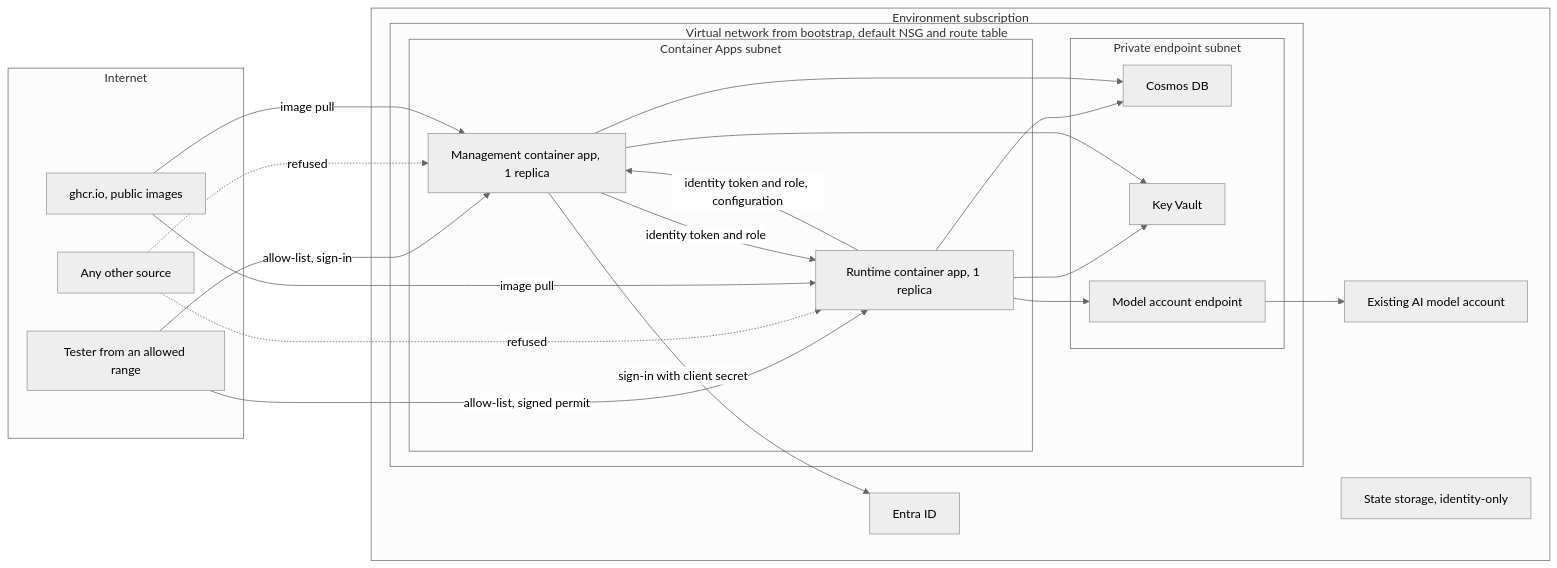
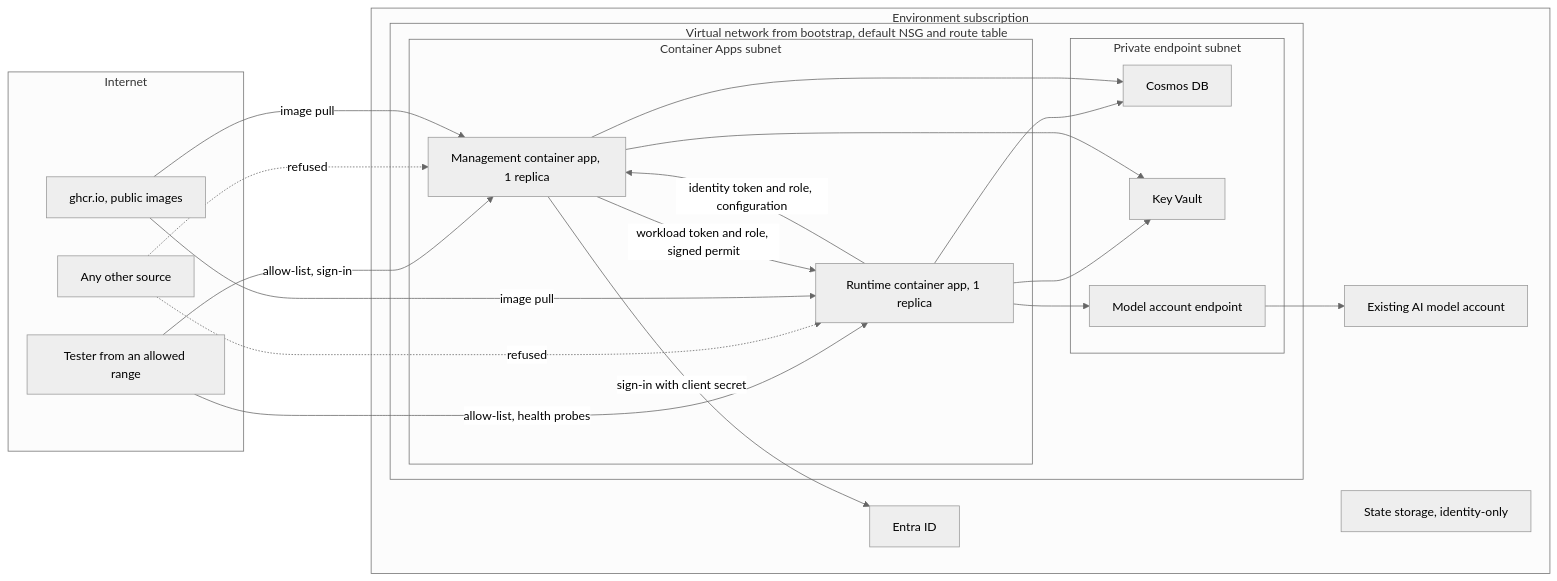
Before and after one commit to marvinbuss/caller-ai: the second of 3 diagrams in docs/environments.md, drawn with Mermaid (neutral theme). The commit also changed other lines of this file and 6 other files, not shown here.

````diff
--- a/docs/environments.md
+++ b/docs/environments.md
@@ -71,39 +72,39 @@
 ```mermaid
 flowchart LR
     subgraph Internet
         Tester["Tester from an allowed range"]
         Other["Any other source"]
         GHCRN["ghcr.io, public images"]
     end
     subgraph Sub["Environment subscription"]
         subgraph VNet["Virtual network from bootstrap, default NSG and route table"]
             subgraph CaeNet["Container Apps subnet"]
                 RT["Runtime container app, 1 replica"]
                 MG["Management container app, 1 replica"]
             end
             subgraph PeNet["Private endpoint subnet"]
                 PEC["Cosmos DB"]
                 PEK["Key Vault"]
                 PEA["Model account endpoint"]
             end
         end
         Model["Existing AI model account"]
         Entra["Entra ID"]
         State["State storage, identity-only"]
     end
     Tester -->|"allow-list, sign-in"| MG
-    Tester -->|"allow-list, signed permit"| RT
+    Tester -->|"allow-list, health probes"| RT
     Other -.->|"refused"| MG
     Other -.->|"refused"| RT
     GHCRN -->|"image pull"| RT
     GHCRN -->|"image pull"| MG
     MG -->|"sign-in with client secret"| Entra
-    MG -->|"identity token and role"| RT
+    MG -->|"workload token and role, signed permit"| RT
     RT -->|"identity token and role, configuration"| MG
     RT --> PEC
     MG --> PEC
     RT --> PEK
     MG --> PEK
     RT --> PEA
     PEA --> Model
 ```
````
